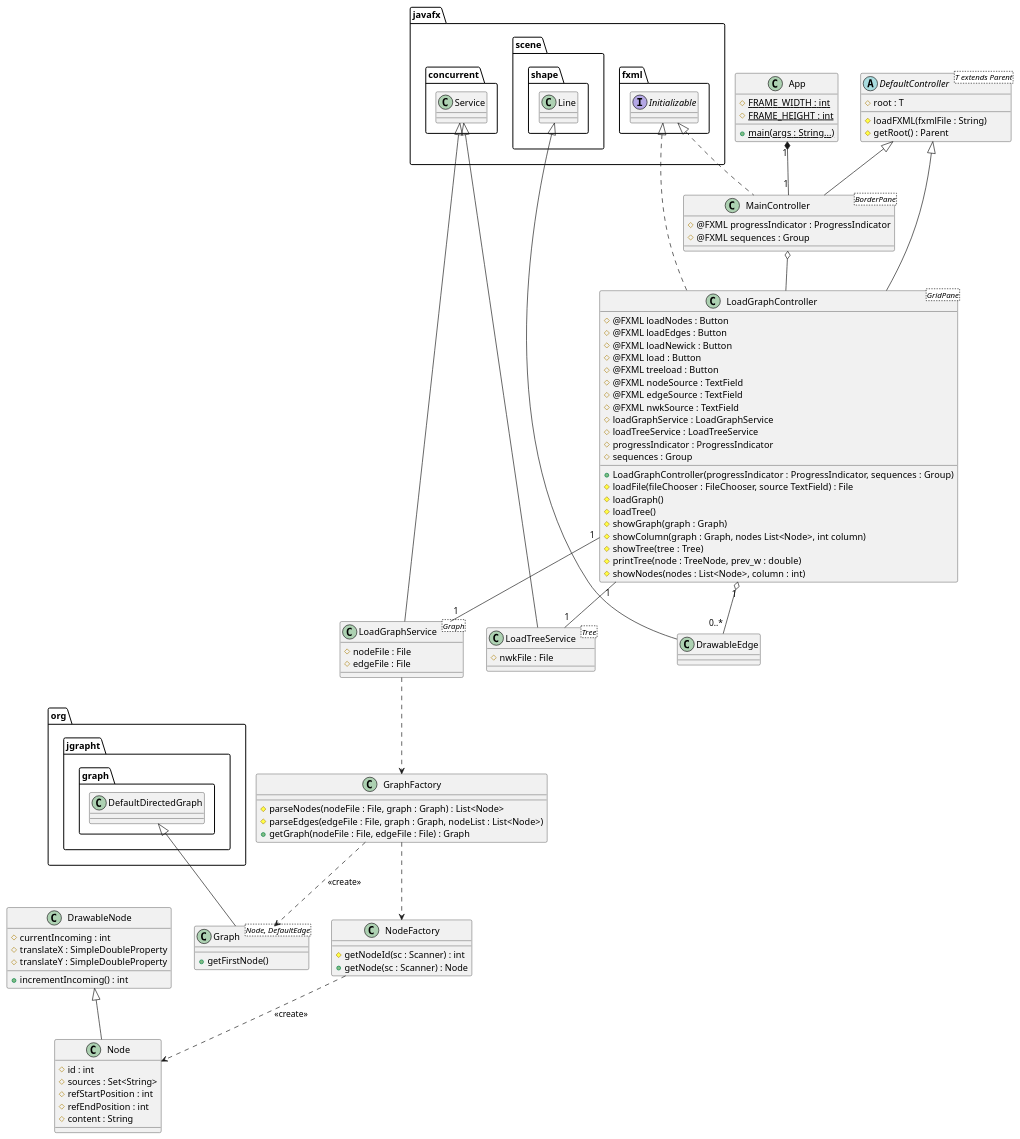
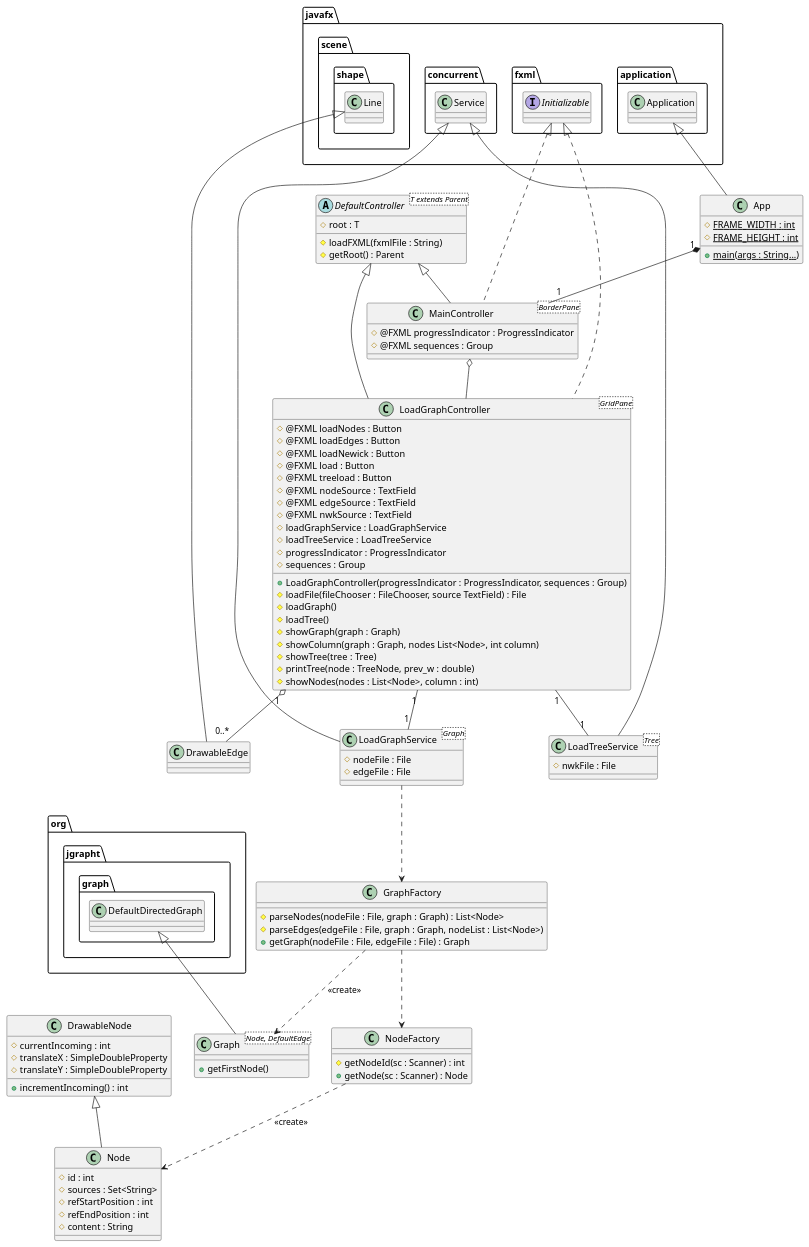
Before and after one commit to ProgrammingLife2015/geex: the diagram in diagrams/ProgrammingLife.puml, drawn with PlantUML.

Commit message:
App extends Application

```diff
--- a/diagrams/ProgrammingLife.puml
+++ b/diagrams/ProgrammingLife.puml
@@ -1,97 +1,97 @@
 @startuml
-class App {
+class App extends javafx.application.Application {
     {static} # FRAME_WIDTH : int
     {static} # FRAME_HEIGHT : int
 
     {static} +main(args : String...)
 }
 
 class DrawableEdge extends javafx.scene.shape.Line
 class DrawableNode {
     # currentIncoming : int
     # translateX : SimpleDoubleProperty
     # translateY : SimpleDoubleProperty
 
     +incrementIncoming() : int
 }
 
 abstract class DefaultController<T extends Parent> {
     # root : T
     #loadFXML(fxmlFile : String)
     #getRoot() : Parent
 }
 
 class MainController<BorderPane> extends DefaultController implements javafx.fxml.Initializable {
     # @FXML progressIndicator : ProgressIndicator
     # @FXML sequences : Group
 }
 
 class LoadGraphController<GridPane> Extends DefaultController implements javafx.fxml.Initializable {
     # @FXML loadNodes : Button
     # @FXML loadEdges : Button
     # @FXML loadNewick : Button
     # @FXML load : Button
     # @FXML treeload : Button
     # @FXML nodeSource : TextField
     # @FXML edgeSource : TextField
     # @FXML nwkSource : TextField
     # loadGraphService : LoadGraphService
     # loadTreeService : LoadTreeService
     # progressIndicator : ProgressIndicator
     # sequences : Group
 
     +LoadGraphController(progressIndicator : ProgressIndicator, sequences : Group)
     #loadFile(fileChooser : FileChooser, source TextField) : File
     #loadGraph()
     #loadTree()
     #showGraph(graph : Graph)
     #showColumn(graph : Graph, nodes List<Node>, int column)
     #showTree(tree : Tree)
     #printTree(node : TreeNode, prev_w : double)
     #showNodes(nodes : List<Node>, column : int)
 }
 
 
 class Node extends DrawableNode {
     # id : int
     # sources : Set<String>
     # refStartPosition : int
     # refEndPosition : int
     # content : String
 }
 class NodeFactory {
     #getNodeId(sc : Scanner) : int
     +getNode(sc : Scanner) : Node
 }
 
 class Graph<Node, DefaultEdge> extends org.jgrapht.graph.DefaultDirectedGraph {
     +getFirstNode()
 }
 class GraphFactory {
     #parseNodes(nodeFile : File, graph : Graph) : List<Node>
     #parseEdges(edgeFile : File, graph : Graph, nodeList : List<Node>)
     +getGraph(nodeFile : File, edgeFile : File) : Graph
 }
 
 class LoadGraphService<Graph> extends javafx.concurrent.Service {
     # nodeFile : File
     # edgeFile : File
 }
 class LoadTreeService<Tree> extends javafx.concurrent.Service {
     # nwkFile : File
 }
 
 GraphFactory ..> Graph : << create >>
 GraphFactory ..> NodeFactory
 
 NodeFactory ..> Node : << create >>
 
 App "1" *-- "1" MainController
 MainController o-- LoadGraphController
 
 LoadGraphController "1" o-- "0..*" DrawableEdge
 LoadGraphController "1" -- "1" LoadGraphService
 LoadGraphController "1" -- "1" LoadTreeService
 
 LoadGraphService ..> GraphFactory
 @enduml
```
